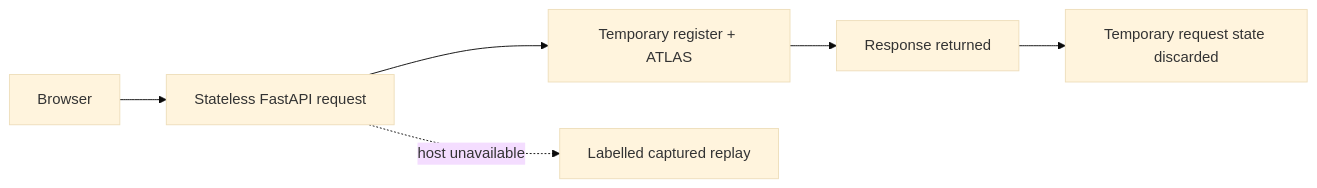
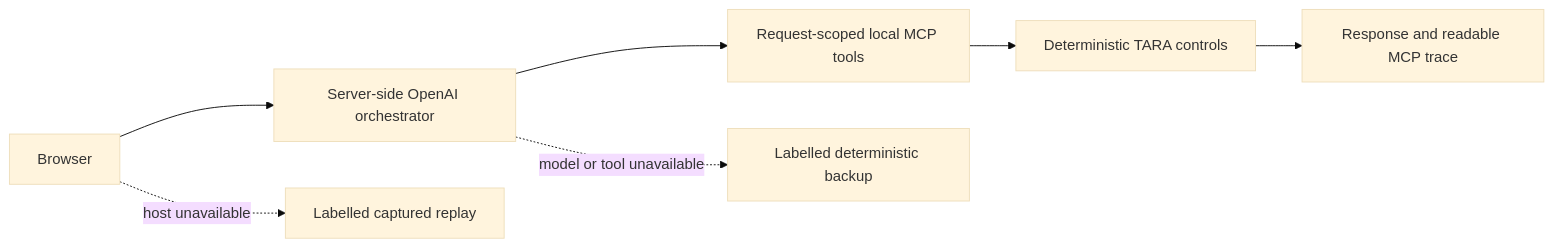
One commit to hbapuram/TARA-Regulatory-Change-Agent changed the diagram in docs/reliability-notes.md. Above: the diagram before and after it, drawn with Mermaid (base theme). The commit also changed other lines of this file and 17 other files, not shown here.

Commit message:
Integrate LLM orchestration and readable MCP trace

````diff
--- a/docs/reliability-notes.md
+++ b/docs/reliability-notes.md
@@ -9,8 +9,9 @@
 ```mermaid
 flowchart LR
-    A[Browser] --> B[Stateless FastAPI request]
-    B --> C[Temporary register + ATLAS]
-    C --> D[Response returned]
-    D --> E[Temporary request state discarded]
-    B -. host unavailable .-> F[Labelled captured replay]
+    A[Browser] --> B[Server-side OpenAI orchestrator]
+    B --> C[Request-scoped local MCP tools]
+    C --> D[Deterministic TARA controls]
+    D --> E[Response and readable MCP trace]
+    B -. model or tool unavailable .-> F[Labelled deterministic backup]
+    A -. host unavailable .-> G[Labelled captured replay]
 ```
````
